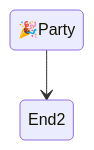
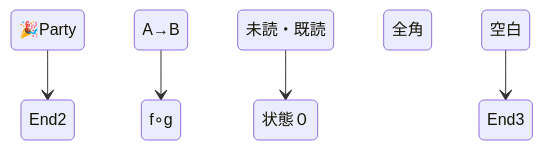
Before and after one commit to BlueEventHorizon/mermaid-plugin: the seventh of 13 diagrams in plugins/mermaid/skills/mermaid-lint/fixtures/fixture.md, drawn with Mermaid. The commit also changed other lines of this file and 9 other files, not shown here.

First line of the commit message:
fix: stateDiagram の Unicode ID 誤検出を除外

````diff
--- a/plugins/mermaid/skills/mermaid-lint/fixtures/fixture.md
+++ b/plugins/mermaid/skills/mermaid-lint/fixtures/fixture.md
@@ -63,4 +63,7 @@
 ```mermaid
 stateDiagram-v2
     🎉Party --> End2
+    A→B --> f∘g
+    未読・既読 --> 状態０
+    全角　空白 --> End3
 ```
````
